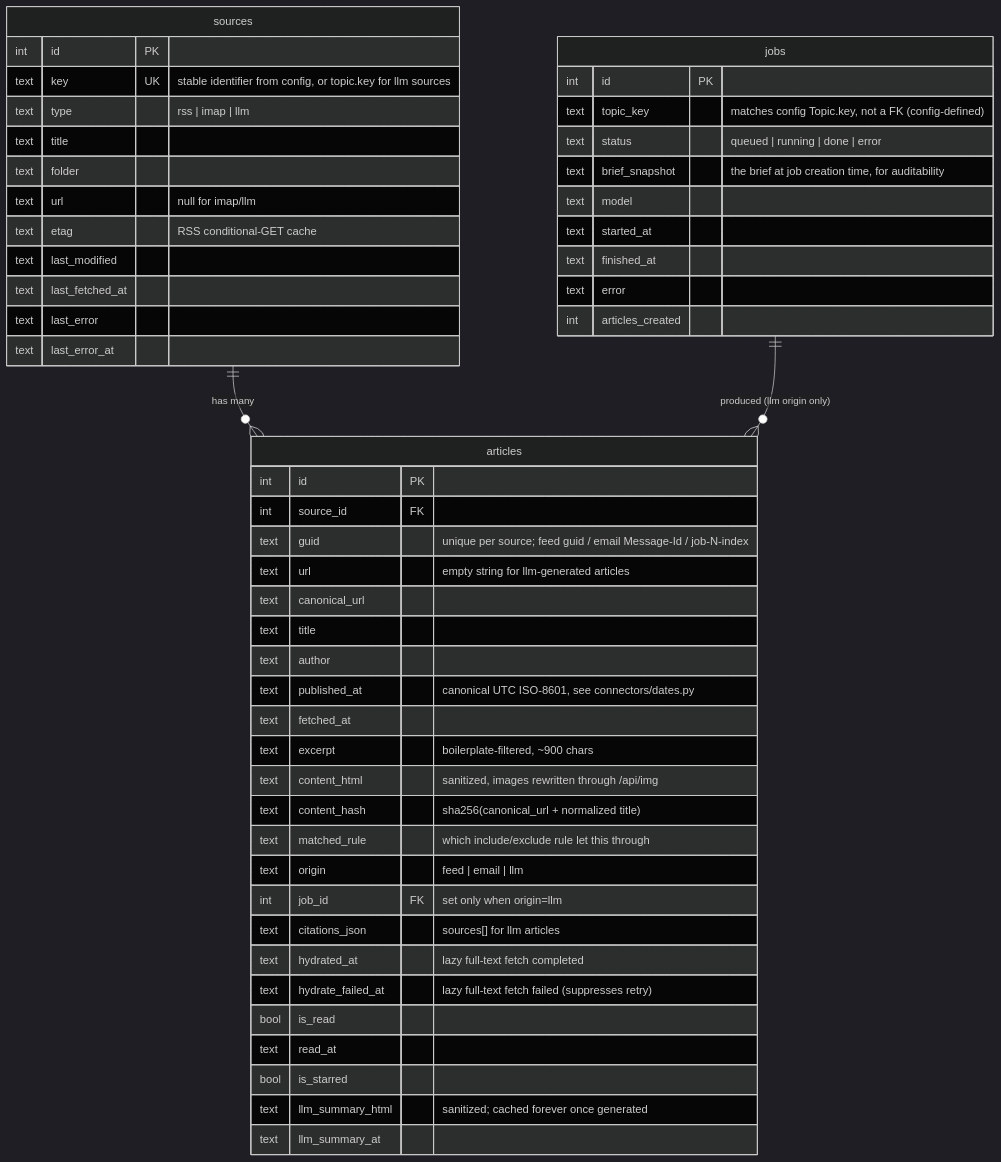
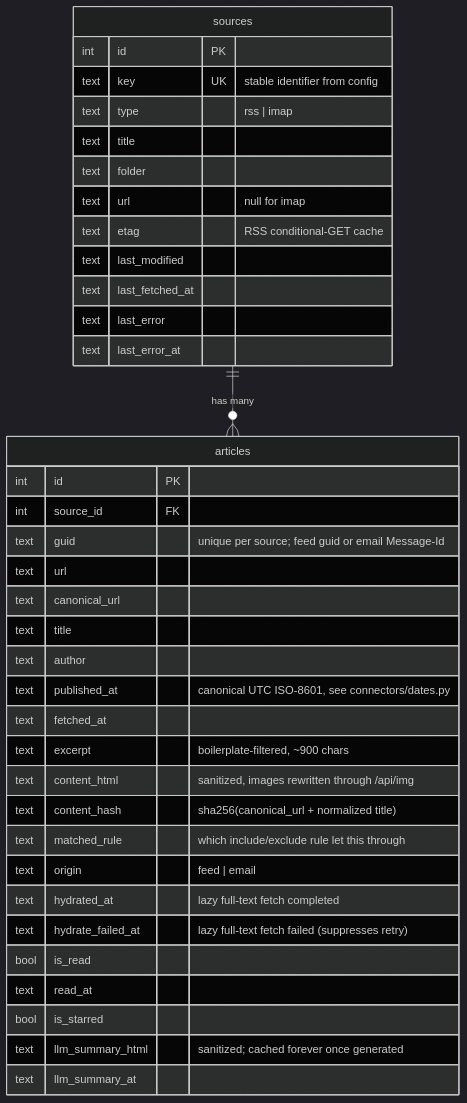
Before and after one commit to pengyaoc/openreader: the diagram in docs/ERD.md, drawn with Mermaid (dark theme). The commit also changed other lines of this file and 38 other files, not shown here.

````diff
--- a/docs/ERD.md
+++ b/docs/ERD.md
@@ -101,57 +94,42 @@
 ```mermaid
 erDiagram
     sources ||--o{ articles : "has many"
-    jobs ||--o{ articles : "produced (llm origin only)"
 
     sources {
         int id PK
-        text key UK "stable identifier from config, or topic.key for llm sources"
-        text type "rss | imap | llm"
+        text key UK "stable identifier from config"
+        text type "rss | imap"
         text title
         text folder
-        text url "null for imap/llm"
+        text url "null for imap"
         text etag "RSS conditional-GET cache"
         text last_modified
         text last_fetched_at
         text last_error
         text last_error_at
     }
 
     articles {
         int id PK
         int source_id FK
-        text guid "unique per source; feed guid / email Message-Id / job-N-index"
-        text url "empty string for llm-generated articles"
+        text guid "unique per source; feed guid or email Message-Id"
+        text url
         text canonical_url
         text title
         text author
         text published_at "canonical UTC ISO-8601, see connectors/dates.py"
         text fetched_at
         text excerpt "boilerplate-filtered, ~900 chars"
         text content_html "sanitized, images rewritten through /api/img"
         text content_hash "sha256(canonical_url + normalized title)"
         text matched_rule "which include/exclude rule let this through"
-        text origin "feed | email | llm"
-        int job_id FK "set only when origin=llm"
-        text citations_json "sources[] for llm articles"
+        text origin "feed | email"
         text hydrated_at "lazy full-text fetch completed"
         text hydrate_failed_at "lazy full-text fetch failed (suppresses retry)"
         bool is_read
         text read_at
         bool is_starred
         text llm_summary_html "sanitized; cached forever once generated"
         text llm_summary_at
     }
-
-    jobs {
-        int id PK
-        text topic_key "matches config Topic.key, not a FK (config-defined)"
-        text status "queued | running | done | error"
-        text brief_snapshot "the brief at job creation time, for auditability"
-        text model
-        text started_at
-        text finished_at
-        text error
-        int articles_created
-    }
 ```
````
